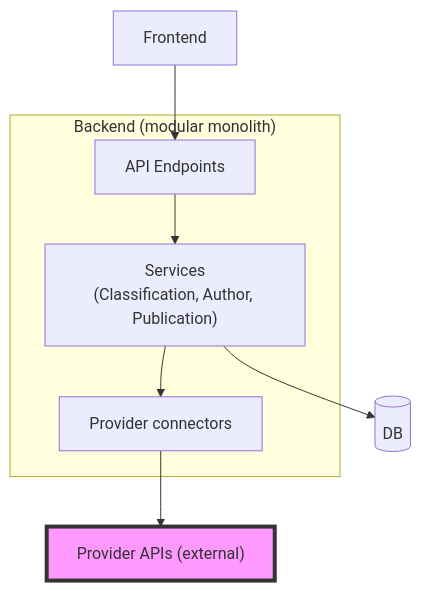
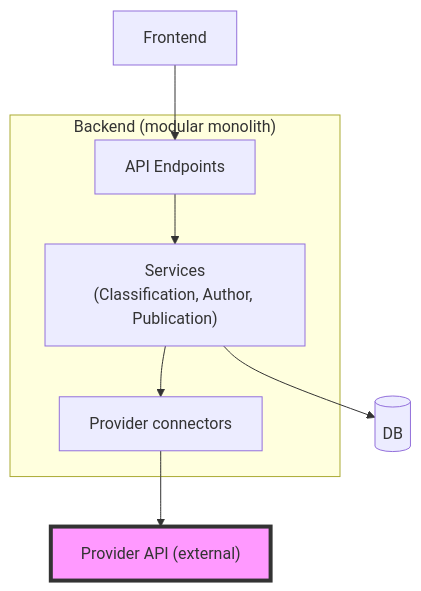
The seventh of 8 diagrams in docs/system-design.md (esaounkine/uop-thesis), drawn with Mermaid before and after one commit. The commit also changed other lines of this file, not shown here.

Commit message:
[docs] Add provider connector diagram

````diff
--- a/docs/system-design.md
+++ b/docs/system-design.md
@@ -291,19 +291,19 @@
 ```mermaid
 flowchart TD
   FE["Frontend"]
   subgraph BE["Backend (modular monolith)"]
     API["API Endpoints"]
     SVC["Services<br/>(Classification, Author, Publication)"]
     PC["Provider connectors"]
   end
   DB[("DB")]
-  Providers["Provider APIs (external)"]
+  Providers["Provider API (external)"]
 
   FE --> API
   API --> SVC
   SVC --> PC
   SVC --> DB
   PC --> Providers
 
   style Providers fill:#f9f,stroke:#333,stroke-width:4px
 ```
````
